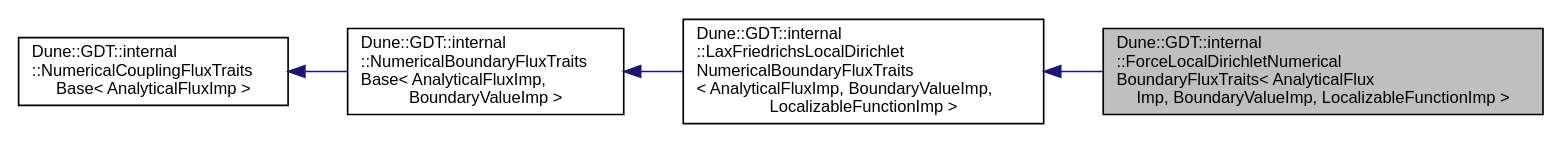
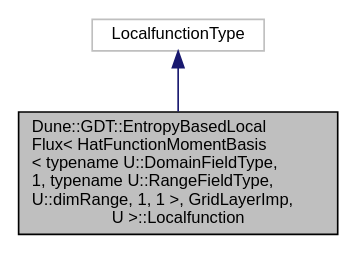
One commit to dune-community/dune-community.github.io changed the diagram in docs/dune-gdt/''/a01175.dot. Above: the diagram before and after it, drawn with Graphviz. The commit also changed 2647 other files, not shown here.

Commit message:
Updated documentation for dune-gdt ''

```diff
--- a/docs/dune-gdt/''/a01175.dot
+++ b/docs/dune-gdt/''/a01175.dot
@@ -1,13 +1,8 @@
-digraph "Dune::GDT::internal::ForceLocalDirichletNumericalBoundaryFluxTraits&lt; AnalyticalFluxImp, BoundaryValueImp, LocalizableFunctionImp &gt;"
+digraph "Dune::GDT::EntropyBasedLocalFlux&lt; HatFunctionMomentBasis&lt; typename U::DomainFieldType, 1, typename U::RangeFieldType, U::dimRange, 1, 1 &gt;, GridLayerImp, U &gt;::Localfunction"
 {
   edge [fontname="Helvetica",fontsize="10",labelfontname="Helvetica",labelfontsize="10"];
   node [fontname="Helvetica",fontsize="10",shape=record];
-  rankdir="LR";
-  Node0 [label="Dune::GDT::internal\l::ForceLocalDirichletNumerical\lBoundaryFluxTraits\< AnalyticalFlux\lImp, BoundaryValueImp, LocalizableFunctionImp \>",height=0.2,width=0.4,color="black", fillcolor="grey75", style="filled", fontcolor="black"];
+  Node0 [label="Dune::GDT::EntropyBasedLocal\lFlux\< HatFunctionMomentBasis\l\< typename U::DomainFieldType,\l 1, typename U::RangeFieldType,\l U::dimRange, 1, 1 \>, GridLayerImp,\l U \>::Localfunction",height=0.2,width=0.4,color="black", fillcolor="grey75", style="filled", fontcolor="black"];
   Node1 -> Node0 [dir="back",color="midnightblue",fontsize="10",style="solid",fontname="Helvetica"];
-  Node1 [label="Dune::GDT::internal\l::LaxFriedrichsLocalDirichlet\lNumericalBoundaryFluxTraits\l\< AnalyticalFluxImp, BoundaryValueImp,\l LocalizableFunctionImp \>",height=0.2,width=0.4,color="black", fillcolor="white", style="filled",URL="$a01244.html"];
-  Node2 -> Node1 [dir="back",color="midnightblue",fontsize="10",style="solid",fontname="Helvetica"];
-  Node2 [label="Dune::GDT::internal\l::NumericalBoundaryFluxTraits\lBase\< AnalyticalFluxImp,\l BoundaryValueImp \>",height=0.2,width=0.4,color="black", fillcolor="white", style="filled",URL="$a01120.html"];
-  Node3 -> Node2 [dir="back",color="midnightblue",fontsize="10",style="solid",fontname="Helvetica"];
-  Node3 [label="Dune::GDT::internal\l::NumericalCouplingFluxTraits\lBase\< AnalyticalFluxImp \>",height=0.2,width=0.4,color="black", fillcolor="white", style="filled",URL="$a01116.html"];
+  Node1 [label="LocalfunctionType",height=0.2,width=0.4,color="grey75", fillcolor="white", style="filled"];
 }
```
